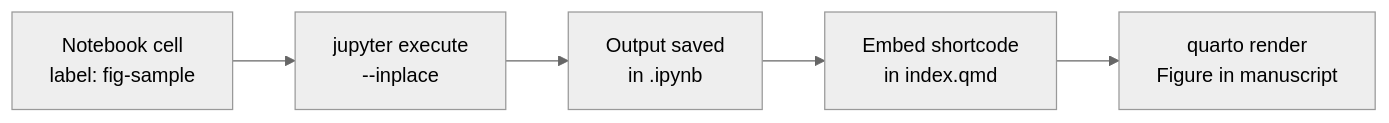
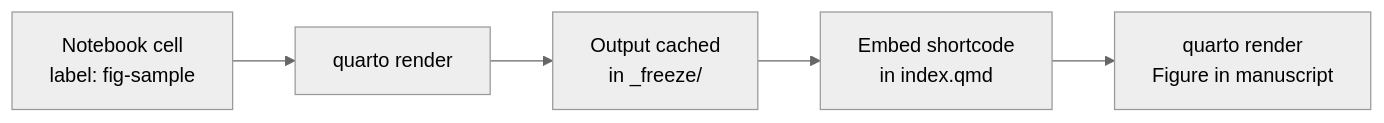
One commit to quarcs-lab/project20XXy changed the third of 4 diagrams in README.md. Above: the diagram before and after it, drawn with Mermaid (neutral theme). The commit also changed other lines of this file and 27 other files, not shown here.

First line of the commit message:
Migrate from Jupyter/Jupytext (.ipynb) to Quarto notebooks (.qmd)

````diff
--- a/README.md
+++ b/README.md
@@ -310,7 +294,7 @@
 ```mermaid
 flowchart LR
-    A["Notebook cell<br/>label: fig-sample"] --> B["jupyter execute<br/>--inplace"]
-    B --> C["Output saved<br/>in .ipynb"]
+    A["Notebook cell<br/>label: fig-sample"] --> B["quarto render"]
+    B --> C["Output cached<br/>in _freeze/"]
     C --> D["Embed shortcode<br/>in index.qmd"]
     D --> E["quarto render<br/>Figure in manuscript"]
 ```
````
